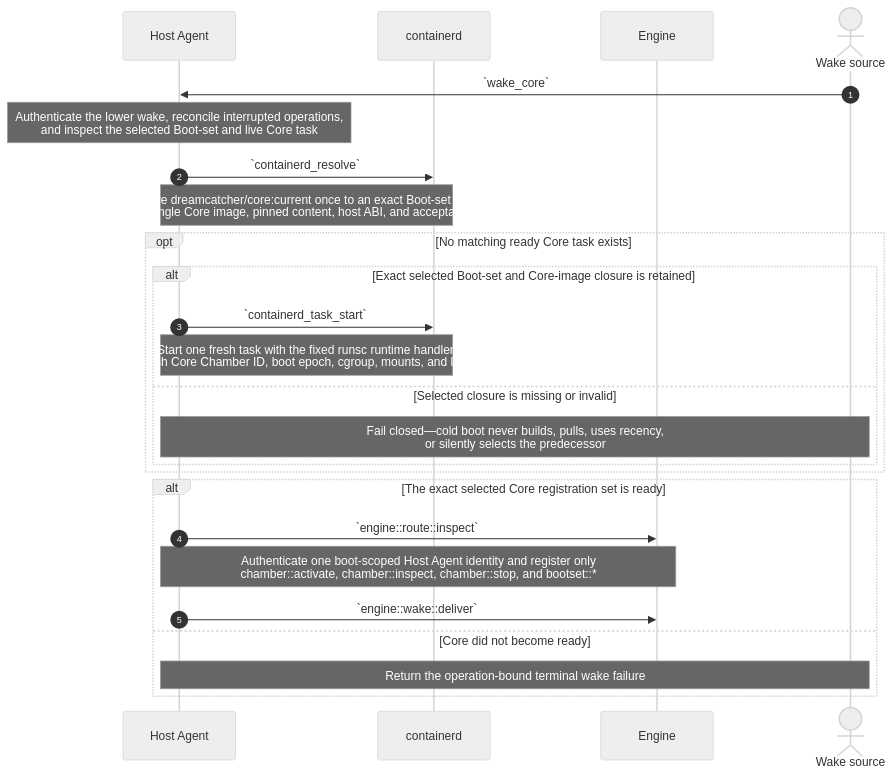
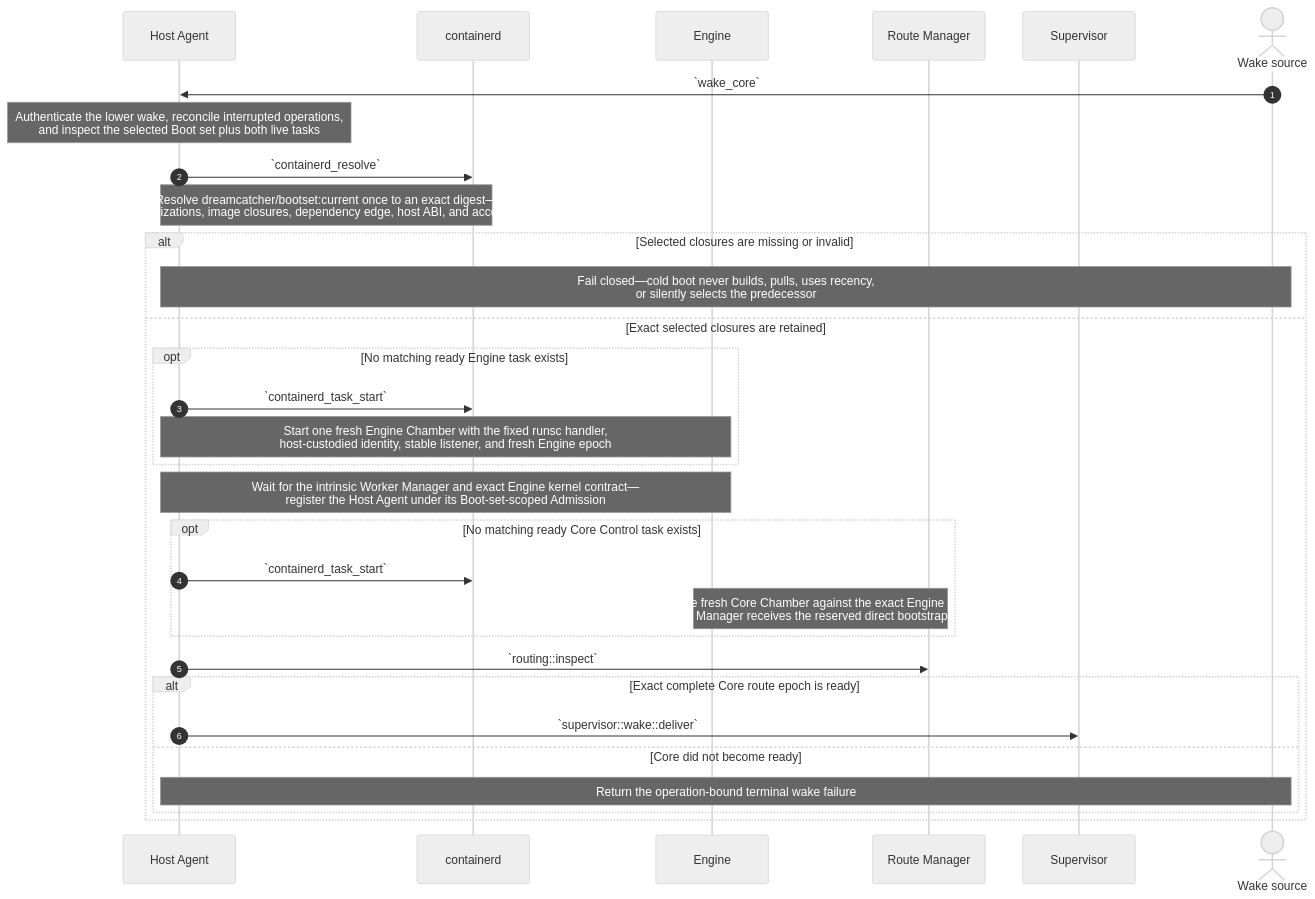
The fourth of 15 diagrams in source/chambers-lifecycle-sequences.md (dreamcatcher-tech/chambers-lifecycle-explorer), drawn with Mermaid (neutral theme) before and after one commit. The commit also changed other lines of this file and 8 other files, not shown here.

Commit message:
docs: publish Engine-first Core Covenant lifecycle

````diff
--- a/source/chambers-lifecycle-sequences.md
+++ b/source/chambers-lifecycle-sequences.md
@@ -683,30 +735,35 @@
 ```mermaid
 sequenceDiagram
     autonumber
     participant HostAgent as Host Agent
     participant containerd
     participant Engine
+    participant RouteManager as Route Manager
+    participant Supervisor
     actor Wake as Wake source
 
     Wake->>HostAgent: `wake_core`
-    Note over HostAgent: Authenticate the lower wake, reconcile interrupted operations,<br/>and inspect the selected Boot-set and live Core task
+    Note over HostAgent: Authenticate the lower wake, reconcile interrupted operations,<br/>and inspect the selected Boot set plus both live tasks
     HostAgent->>containerd: `containerd_resolve`
-    Note over HostAgent,containerd: Resolve dreamcatcher/core:current once to an exact Boot-set digest,<br/>verify the single Core image, pinned content, host ABI, and acceptance binding
+    Note over HostAgent,containerd: Resolve dreamcatcher/bootset:current once to an exact digest—<br/>verify both Realizations, image closures, dependency edge, host ABI, and acceptance binding
 
-    opt No matching ready Core task exists
-        alt Exact selected Boot-set and Core-image closure is retained
+    alt Selected closures are missing or invalid
+        Note over HostAgent,Wake: Fail closed—cold boot never builds, pulls, uses recency,<br/>or silently selects the predecessor
+    else Exact selected closures are retained
+        opt No matching ready Engine task exists
             HostAgent->>containerd: `containerd_task_start`
-            Note over HostAgent,containerd: Start one fresh task with the fixed runsc runtime handler,<br/>fresh Core Chamber ID, boot epoch, cgroup, mounts, and logs
-        else Selected closure is missing or invalid
-            Note over HostAgent,Wake: Fail closed—cold boot never builds, pulls, uses recency,<br/>or silently selects the predecessor
+            Note over HostAgent,Engine: Start one fresh Engine Chamber with the fixed runsc handler,<br/>host-custodied identity, stable listener, and fresh Engine epoch
+        end
+        Note over HostAgent,Engine: Wait for the intrinsic Worker Manager and exact Engine kernel contract—<br/>register the Host Agent under its Boot-set-scoped Admission
+        opt No matching ready Core Control task exists
+            HostAgent->>containerd: `containerd_task_start`
+            Note over Engine,RouteManager: Start one fresh Core Chamber against the exact Engine epoch—<br/>Route Manager receives the reserved direct bootstrap prefix
+        end
+        HostAgent->>RouteManager: `routing::inspect`
+        alt Exact complete Core route epoch is ready
+            HostAgent->>Supervisor: `supervisor::wake::deliver`
+        else Core did not become ready
+            Note over HostAgent,Wake: Return the operation-bound terminal wake failure
         end
     end
-
-    alt The exact selected Core registration set is ready
-        HostAgent->>Engine: `engine::route::inspect`
-        Note over HostAgent,Engine: Authenticate one boot-scoped Host Agent identity and register only<br/>chamber::activate, chamber::inspect, chamber::stop, and bootset::*
-        HostAgent->>Engine: `engine::wake::deliver`
-    else Core did not become ready
-        Note over HostAgent,Wake: Return the operation-bound terminal wake failure
-    end
 ```
````
